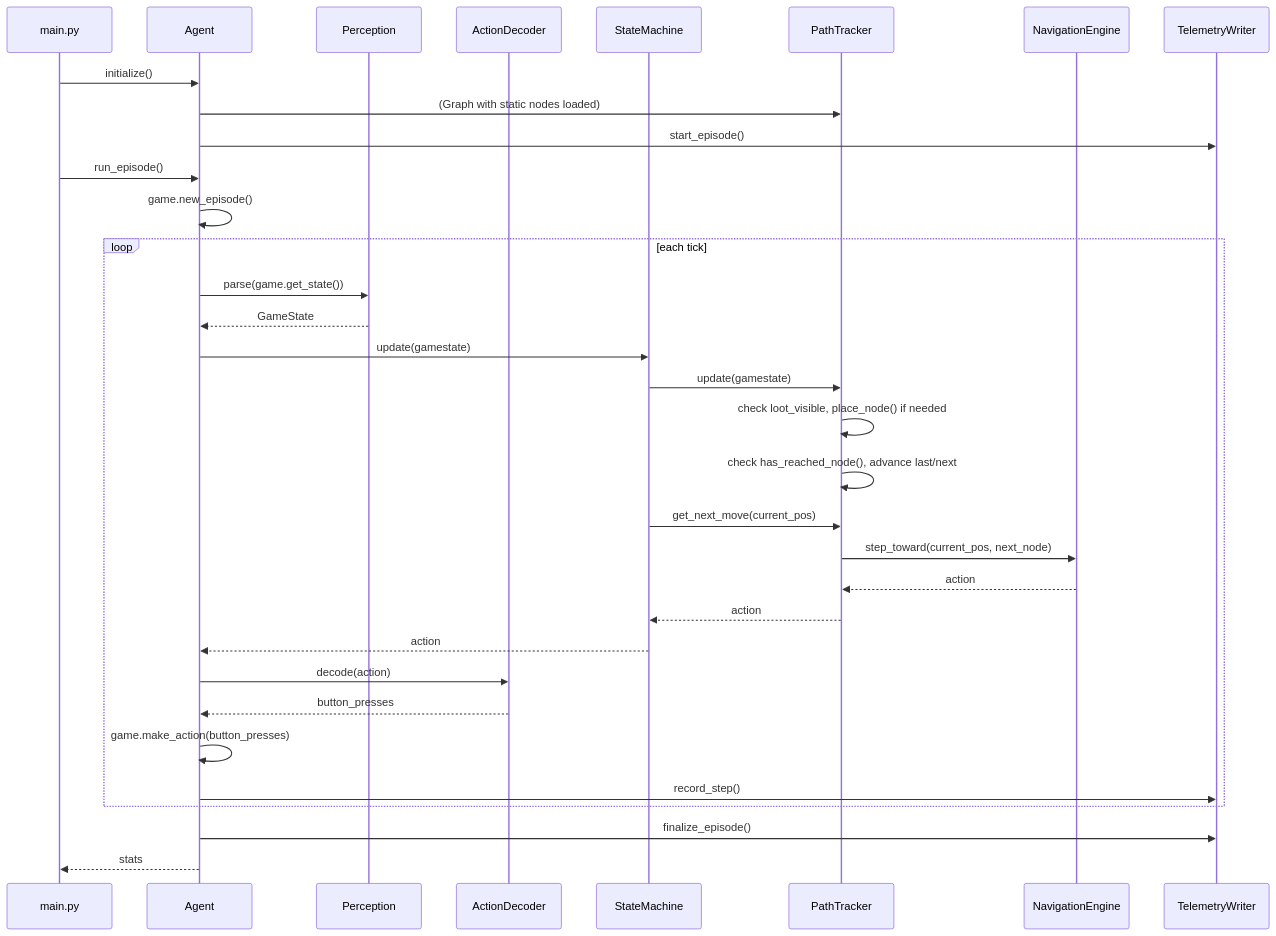
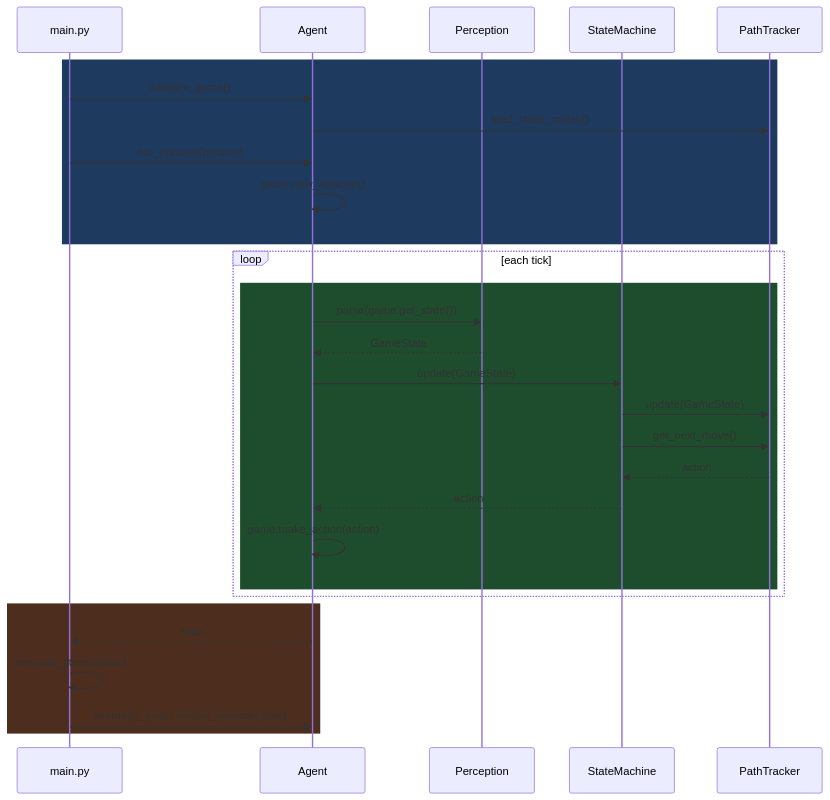
The first of 2 diagrams in docs/architecture_design.md (aidanpb9/doom-agent), drawn with Mermaid before and after one commit. The commit also changed other lines of this file and 6 other files, not shown here.

Commit message:
update agent related architecture and color docs

````diff
--- a/docs/architecture_design.md
+++ b/docs/architecture_design.md
@@ -21,42 +25,34 @@
 ```mermaid
 sequenceDiagram
     participant M as main.py
     participant A as Agent
     participant P as Perception
-    participant AD as ActionDecoder
     participant SM as StateMachine
     participant PT as PathTracker
-    participant NE as NavigationEngine
-    participant TW as TelemetryWriter
 
-    M->>A: initialize()
-    A->>PT: (Graph with static nodes loaded)
-    A->>TW: start_episode()
-
-    M->>A: run_episode()
-    A->>A: game.new_episode()
+    rect rgb(30, 58, 95)
+        M->>A: initialize_game()
+        A->>PT: load_static_nodes()
+        M->>A: run_episode(params)
+        A->>A: game.new_episode()
+    end
 
     loop each tick
-        A->>P: parse(game.get_state())
-        P-->>A: GameState
-
-        A->>SM: update(gamestate)
-        SM->>PT: update(gamestate)
-        PT->>PT: check loot_visible, place_node() if needed
-        PT->>PT: check has_reached_node(), advance last/next
-
-        SM->>PT: get_next_move(current_pos)
-        PT->>NE: step_toward(current_pos, next_node)
-        NE-->>PT: action
-        PT-->>SM: action
-
-        SM-->>A: action
-        A->>AD: decode(action)
-        AD-->>A: button_presses
-        A->>A: game.make_action(button_presses) 
-        A->>TW: record_step()
+        rect rgb(30, 77, 46)
+            A->>P: parse(game.get_state())
+            P-->>A: GameState
+            A->>SM: update(GameState)
+            SM->>PT: update(GameState)
+            SM->>PT: get_next_move()
+            PT-->>SM: action
+            SM-->>A: action
+            A->>A: game.make_action(action)
+        end
     end
 
-    A->>TW: finalize_episode()
-    A-->>M: stats
+    rect rgb(77, 46, 30)
+        A-->>M: stats
+        M->>M: compute_fitness(stats)
+        M->>A: telemetry_writer.finalize_episode(stats)
+    end
 ```
````
